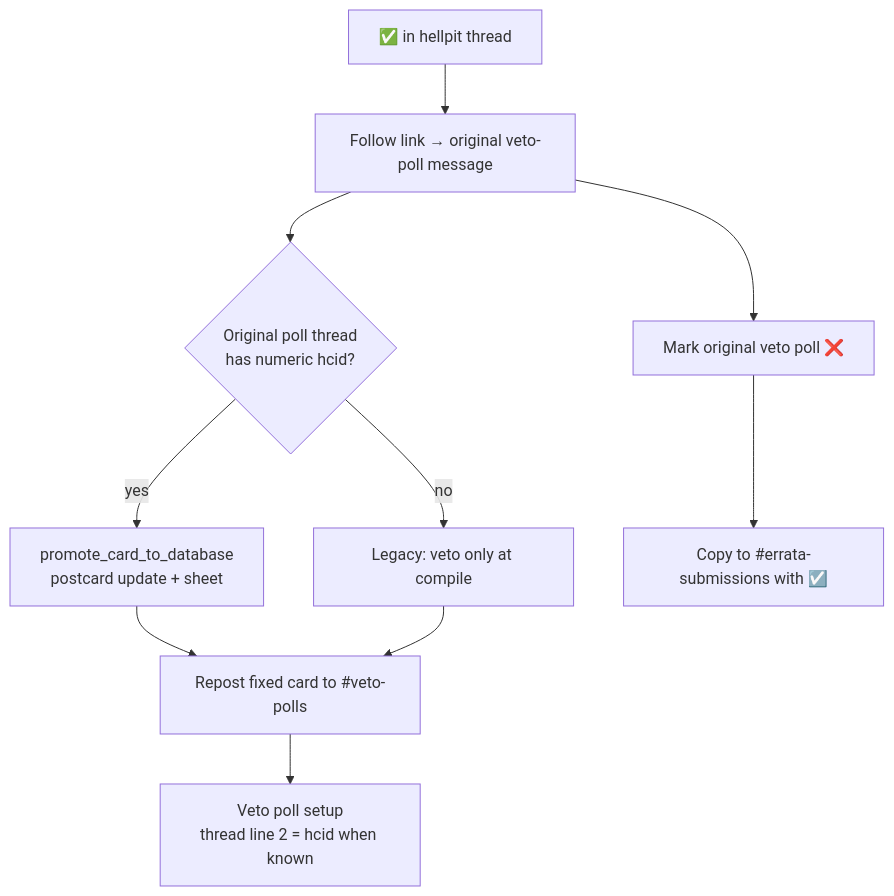
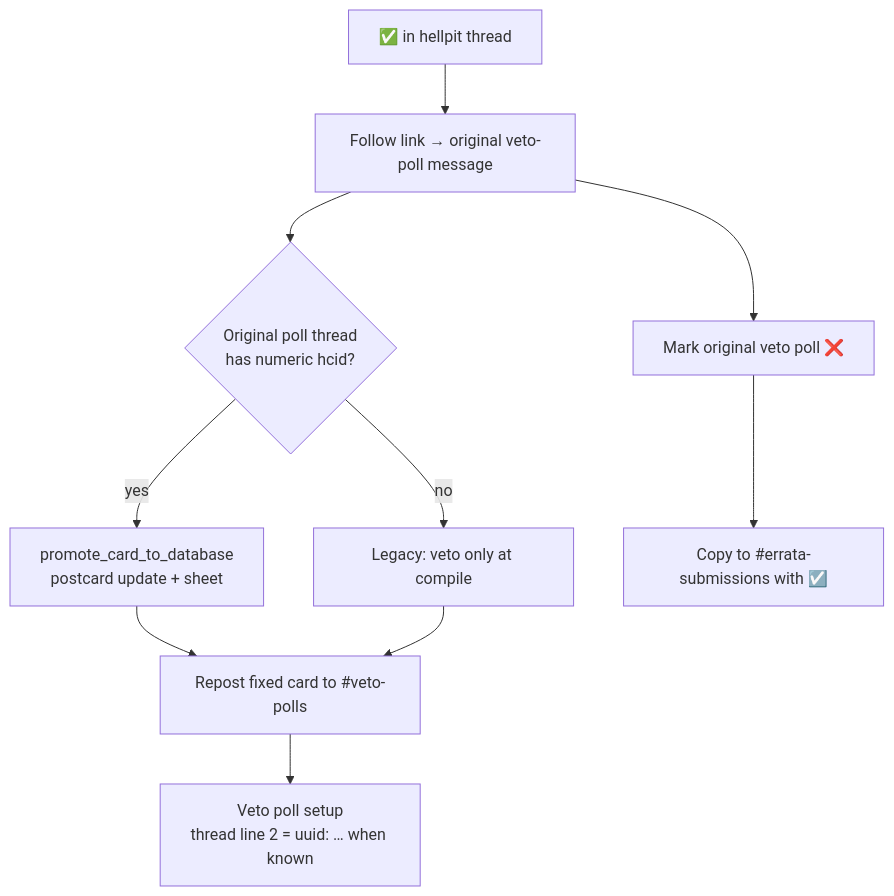
Before and after one commit to bones-bones/mork: the sixth of 6 diagrams in docs/card-flows/veto.md, drawn with Mermaid. The commit also changed other lines of this file and 31 other files, not shown here.

````diff
--- a/docs/card-flows/veto.md
+++ b/docs/card-flows/veto.md
@@ -141,12 +141,12 @@
 ```mermaid
 flowchart TD
   RX["✅ in hellpit thread"] --> READ["Follow link → original veto-poll message"]
   READ --> HCID{"Original poll thread<br/>has numeric hcid?"}
   HCID -->|yes| PROMO["promote_card_to_database<br/>postcard update + sheet"]
   HCID -->|no| LEG["Legacy: veto only at compile"]
   PROMO --> REPOST["Repost fixed card to #veto-polls"]
   LEG --> REPOST
-  REPOST --> HVP["Veto poll setup<br/>thread line 2 = hcid when known"]
+  REPOST --> HVP["Veto poll setup<br/>thread line 2 = uuid: … when known"]
   READ --> MARK["Mark original veto poll ❌"]
   MARK --> ERR["Copy to #errata-submissions with ☑️"]
 ```
````
